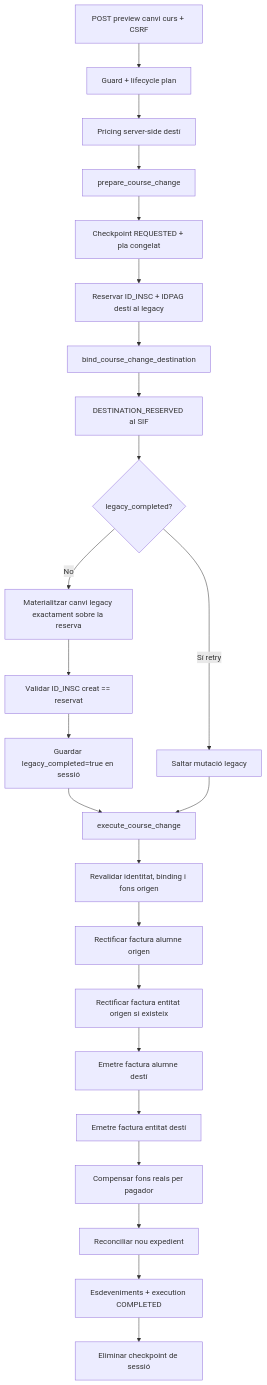
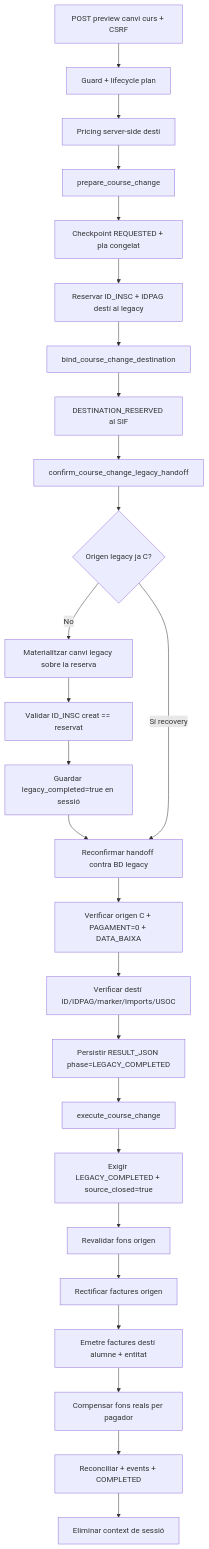
One commit to orgmeriemprismacat-del/verifactu changed the diagram in documentacio/07-uml-integrat/uc-013-canvi-curs-usoc-contracte-final.md. Above: the diagram before and after it, drawn with Mermaid. The commit also changed other lines of this file, not shown here.

Commit message:
docs(UC-013): documentar handoff legacy durable

````diff
--- a/documentacio/07-uml-integrat/uc-013-canvi-curs-usoc-contracte-final.md
+++ b/documentacio/07-uml-integrat/uc-013-canvi-curs-usoc-contracte-final.md
@@ -268,26 +275,28 @@
 ```mermaid
 flowchart TD
     A[POST preview canvi curs + CSRF] --> B[Guard + lifecycle plan]
     B --> C[Pricing server-side destí]
     C --> D[prepare_course_change]
     D --> E[Checkpoint REQUESTED + pla congelat]
     E --> F[Reservar ID_INSC + IDPAG destí al legacy]
     F --> G[bind_course_change_destination]
     G --> H[DESTINATION_RESERVED al SIF]
-    H --> I{legacy_completed?}
-    I -- No --> J[Materialitzar canvi legacy exactament sobre la reserva]
-    J --> K[Validar ID_INSC creat == reservat]
-    K --> L[Guardar legacy_completed=true en sessió]
-    I -- Sí retry --> M[Saltar mutació legacy]
-    L --> N[execute_course_change]
-    M --> N
-    N --> O[Revalidar identitat, binding i fons origen]
-    O --> P[Rectificar factura alumne origen]
-    P --> Q[Rectificar factura entitat origen si existeix]
-    Q --> R[Emetre factura alumne destí]
-    R --> S[Emetre factura entitat destí]
-    S --> T[Compensar fons reals per pagador]
-    T --> U[Reconciliar nou expedient]
-    U --> V[Esdeveniments + execution COMPLETED]
-    V --> W[Eliminar checkpoint de sessió]
+    H --> I[confirm_course_change_legacy_handoff]
+    I --> J{Origen legacy ja C?}
+    J -- No --> K[Materialitzar canvi legacy sobre la reserva]
+    K --> L[Validar ID_INSC creat == reservat]
+    L --> M[Guardar legacy_completed=true en sessió]
+    M --> N[Reconfirmar handoff contra BD legacy]
+    J -- Sí recovery --> N
+    N --> O[Verificar origen C + PAGAMENT=0 + DATA_BAIXA]
+    O --> P[Verificar destí ID/IDPAG/marker/imports/USOC]
+    P --> Q[Persistir RESULT_JSON phase=LEGACY_COMPLETED]
+    Q --> R[execute_course_change]
+    R --> S[Exigir LEGACY_COMPLETED + source_closed=true]
+    S --> T[Revalidar fons origen]
+    T --> U[Rectificar factures origen]
+    U --> V[Emetre factures destí alumne + entitat]
+    V --> W[Compensar fons reals per pagador]
+    W --> X[Reconciliar + events + COMPLETED]
+    X --> Y[Eliminar context de sessió]
 ```
````
